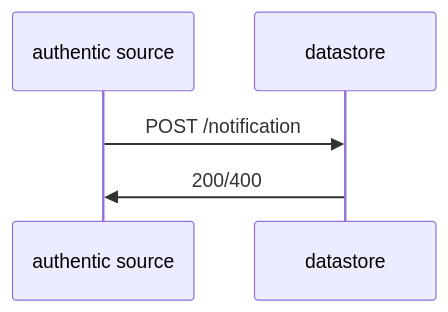
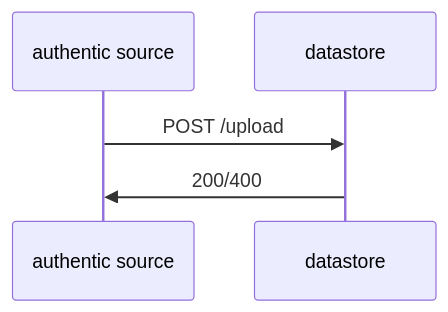
The first of 3 diagrams in docs/flowshart.md (TheSDEs/vc), drawn with Mermaid before and after one commit. The commit also changed other lines of this file and 986 other files, not shown here.

Commit message:
New vendor, go.* and flowchart.

````diff
--- a/docs/flowshart.md
+++ b/docs/flowshart.md
@@ -5,5 +5,5 @@
 ```mermaid
     sequenceDiagram;
-    authentic source->>datastore: POST /notification;
+    authentic source->>datastore: POST /upload;
     datastore->>authentic source: 200/400 ;
 ```
````
